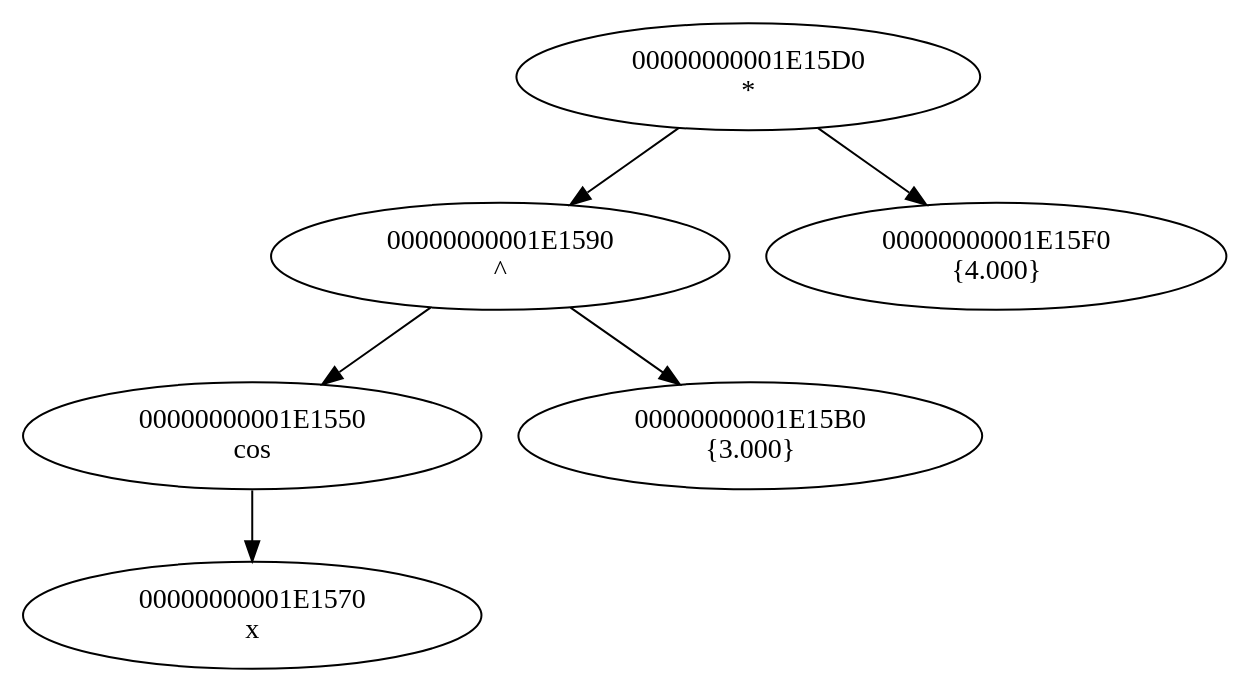
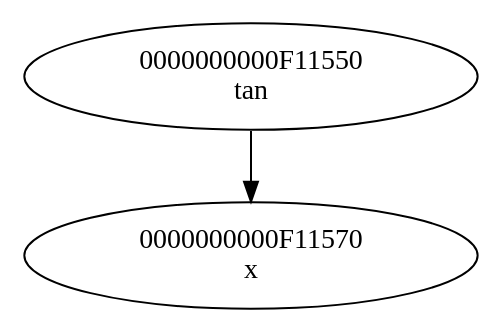
Before and after one commit to levasemin/Diff: the diagram in database_files/read_s.dot, drawn with Graphviz. The commit also changed 19 other files, not shown here.

```diff
--- a/database_files/read_s.dot
+++ b/database_files/read_s.dot
@@ -1,23 +1,7 @@
 digraph G{
-"00000000001E15D0
-*"->"00000000001E1590
-^";
-"00000000001E15D0
-*"->"00000000001E15F0
-{4.000}";
-"00000000001E1590
-^"->"00000000001E1550
-cos";
-"00000000001E1590
-^"->"00000000001E15B0
-{3.000}";
-"00000000001E1550
-cos"->"00000000001E1570
+"0000000000F11550
+tan"->"0000000000F11570
 x";
-"00000000001E1570
+"0000000000F11570
 x";
-"00000000001E15B0
-{3.000}";
-"00000000001E15F0
-{4.000}";
 }
```
